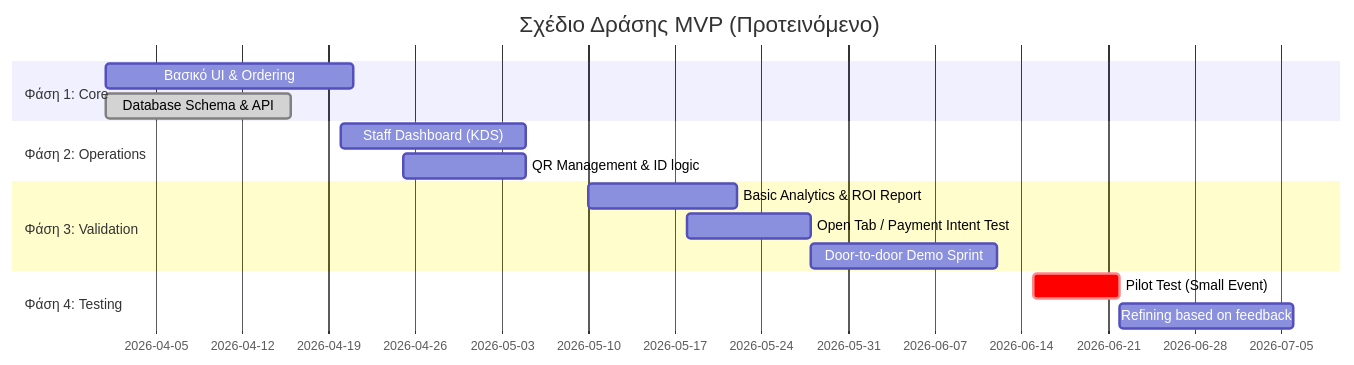
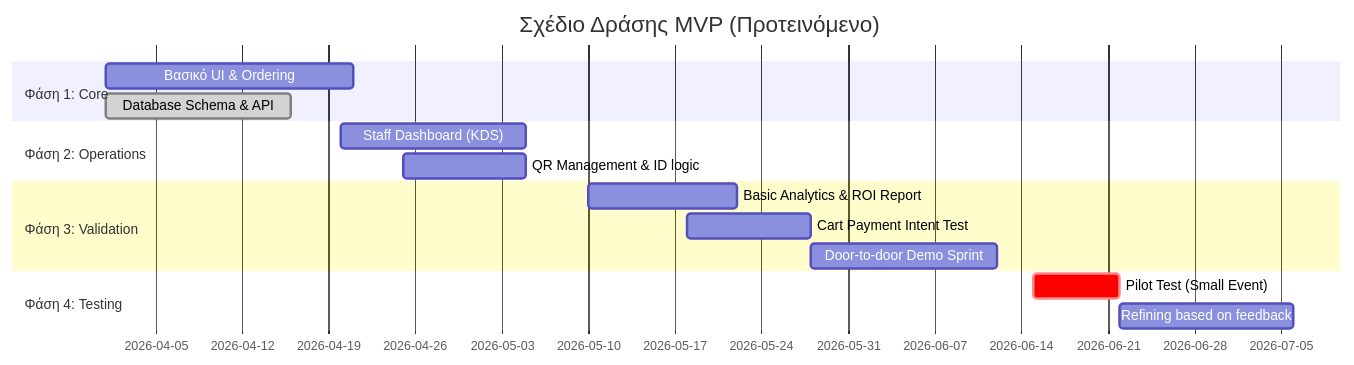
The diagram in business/roadmap.md (dolly450/orderly_docs), drawn with Mermaid before and after one commit. The commit also changed other lines of this file and 8 other files, not shown here.

Commit message:
docs: update project scope, business strategy, roadmap, and internal documentation logs

````diff
--- a/business/roadmap.md
+++ b/business/roadmap.md
@@ -6,18 +6,18 @@
 ```mermaid
 gantt
     title Σχέδιο Δράσης MVP (Προτεινόμενο)
     dateFormat  YYYY-MM-DD
     section Φάση 1: Core
     Βασικό UI & Ordering       :a1, 2026-04-01, 20d
     Database Schema & API      :done, a2, 2026-04-01, 15d
     section Φάση 2: Operations
     Staff Dashboard (KDS)     :a3, 2026-04-20, 15d
     QR Management & ID logic   :a4, 2026-04-25, 10d
     section Φάση 3: Validation
     Basic Analytics & ROI Report :a5, 2026-05-10, 12d
-    Open Tab / Payment Intent Test :a6, 2026-05-18, 10d
+    Cart Payment Intent Test :a6, 2026-05-18, 10d
     Door-to-door Demo Sprint     :a7, 2026-05-28, 15d
     section Φάση 4: Testing
     Pilot Test (Small Event)   :crit, a8, 2026-06-15, 7d
     Refining based on feedback :a9, 2026-06-22, 14d
 ```
````
